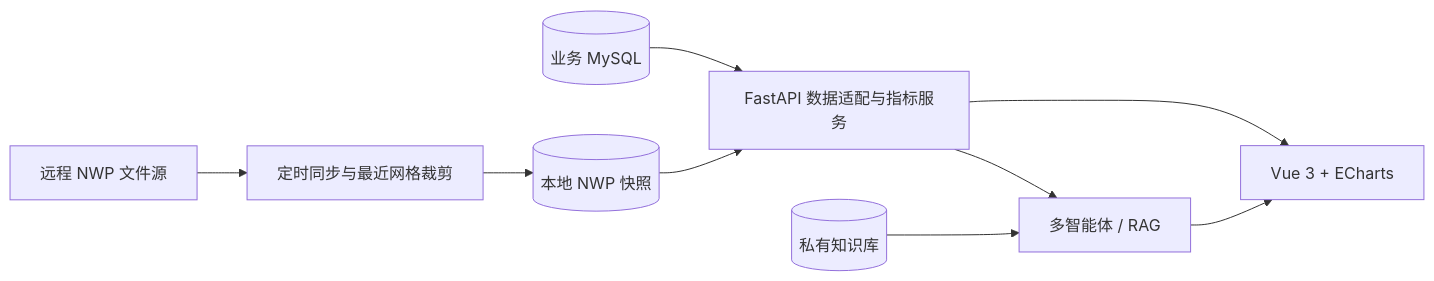
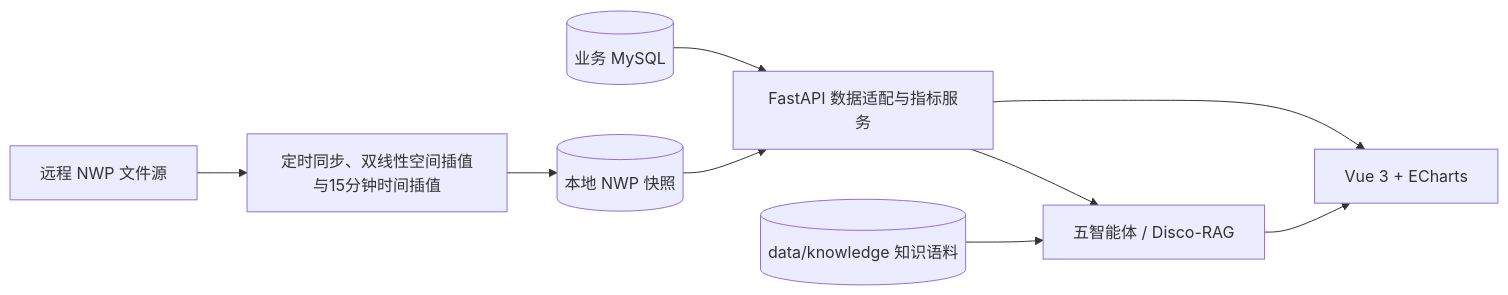
One commit to weiyonglei666/Smart-Convergence-Wind-Cloud- changed the diagram in 新能源消纳与并网智能调控平台-open-source/docs/ARCHITECTURE.md. Above: the diagram before and after it, drawn with Mermaid. The commit also changed other lines of this file and 67 other files, not shown here.

````diff
--- a/新能源消纳与并网智能调控平台-open-source/docs/ARCHITECTURE.md
+++ b/新能源消纳与并网智能调控平台-open-source/docs/ARCHITECTURE.md
@@ -5,11 +5,11 @@
 ```mermaid
 flowchart LR
     DB[(业务 MySQL)] --> API[FastAPI 数据适配与指标服务]
-    NWP[远程 NWP 文件源] --> JOB[定时同步与最近网格裁剪]
+    NWP[远程 NWP 文件源] --> JOB[定时同步、双线性空间插值与15分钟时间插值]
     JOB --> SNAP[(本地 NWP 快照)]
     SNAP --> API
-    KB[(私有知识库)] --> AGENT[多智能体 / RAG]
+    KB[(data/knowledge 知识语料)] --> AGENT[五智能体 / Disco-RAG]
     API --> AGENT
     API --> WEB[Vue 3 + ECharts]
     AGENT --> WEB
 ```
````
